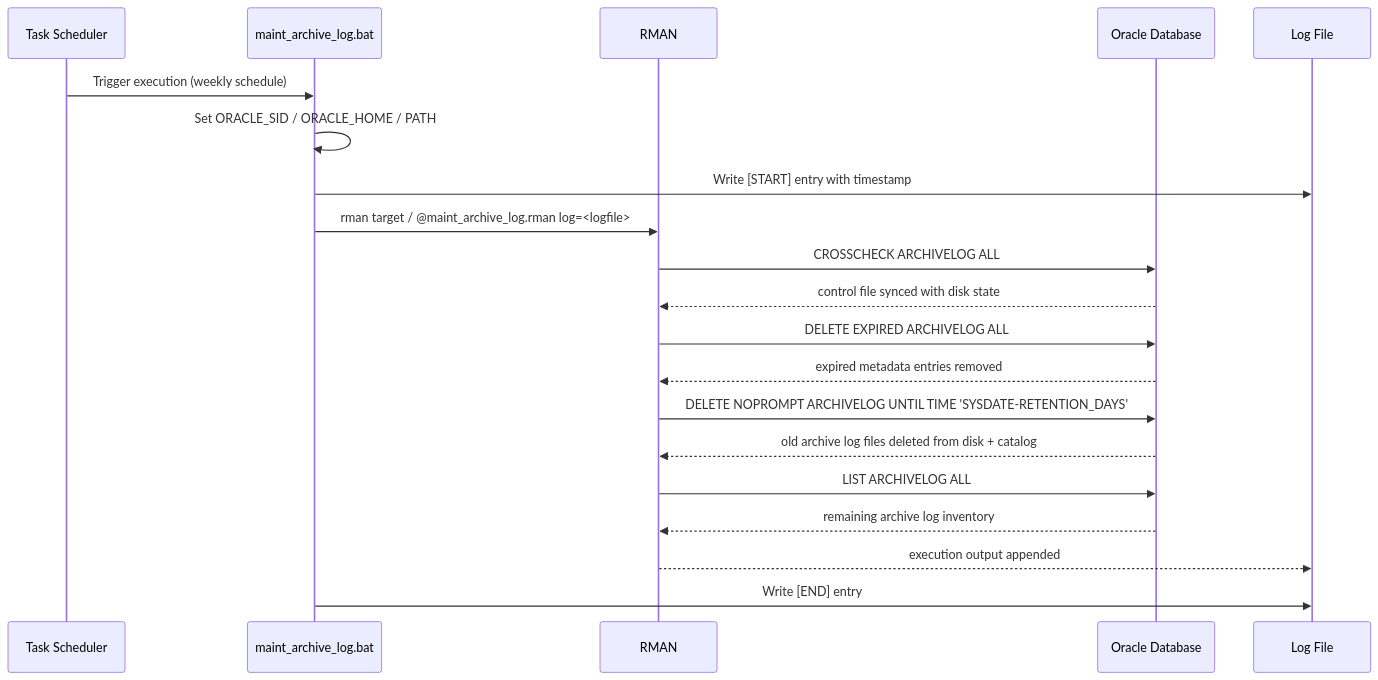
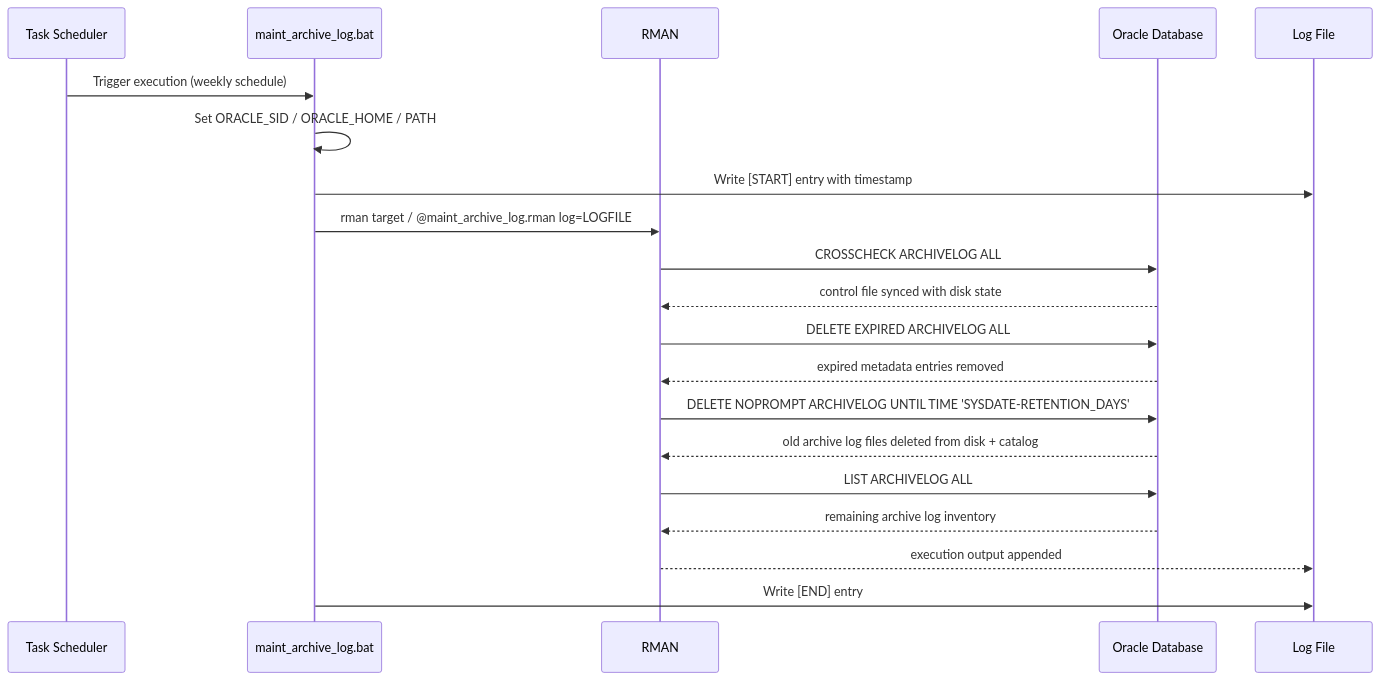
The second of 2 diagrams in oracle-11g-maintenance-archivelog-script-windows.md (seeomkus/oracle-rman), drawn with Mermaid before and after one commit. The commit also changed 5 other files, not shown here.

First line of the commit message:
Fix Mermaid diagram rendering by removing angle-bracket placeholders

````diff
--- a/oracle-11g-maintenance-archivelog-script-windows.md
+++ b/oracle-11g-maintenance-archivelog-script-windows.md
@@ -47,23 +47,23 @@
 ```mermaid
 sequenceDiagram
     participant TS as Task Scheduler
     participant BAT as maint_archive_log.bat
     participant RMAN as RMAN
     participant DB as Oracle Database
     participant LOG as Log File
 
     TS->>BAT: Trigger execution (weekly schedule)
     BAT->>BAT: Set ORACLE_SID / ORACLE_HOME / PATH
     BAT->>LOG: Write [START] entry with timestamp
-    BAT->>RMAN: rman target / @maint_archive_log.rman log=<logfile>
+    BAT->>RMAN: rman target / @maint_archive_log.rman log=LOGFILE
     RMAN->>DB: CROSSCHECK ARCHIVELOG ALL
     DB-->>RMAN: control file synced with disk state
     RMAN->>DB: DELETE EXPIRED ARCHIVELOG ALL
     DB-->>RMAN: expired metadata entries removed
     RMAN->>DB: DELETE NOPROMPT ARCHIVELOG UNTIL TIME 'SYSDATE-RETENTION_DAYS'
     DB-->>RMAN: old archive log files deleted from disk + catalog
     RMAN->>DB: LIST ARCHIVELOG ALL
     DB-->>RMAN: remaining archive log inventory
     RMAN-->>LOG: execution output appended
     BAT->>LOG: Write [END] entry
 ```
````
